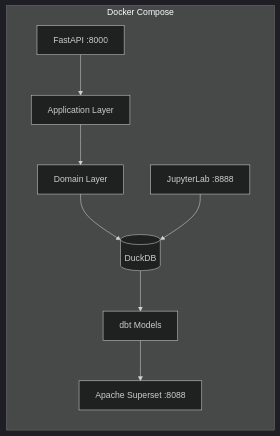
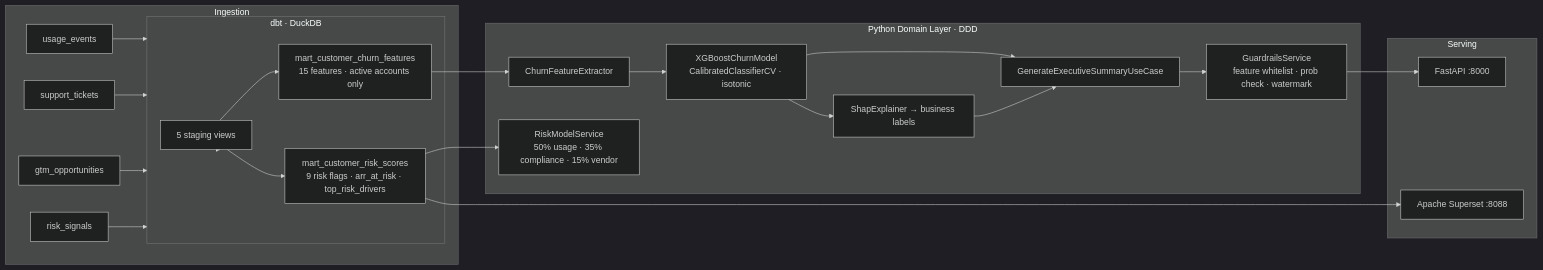
The diagram in README.md (joewynn/SaaSGuard), drawn with Mermaid (dark theme) before and after one commit. The commit also changed other lines of this file, not shown here.

````diff
--- a/README.md
+++ b/README.md
@@ -84,11 +90,30 @@
 ```mermaid
-graph LR
-    subgraph Docker Compose
-        A[FastAPI :8000] --> B[Application Layer]
-        B --> C[Domain Layer]
-        C --> D[(DuckDB)]
-        D --> E[dbt Models]
-        E --> F[Apache Superset :8088]
-        G[JupyterLab :8888] --> D
+flowchart LR
+    subgraph Ingestion
+        A[usage_events] --> DBT
+        B[support_tickets] --> DBT
+        C[gtm_opportunities] --> DBT
+        D[risk_signals] --> DBT
+    end
+
+    subgraph DBT["dbt  ·  DuckDB"]
+        DBT --> STG[5 staging views]
+        STG --> FEAT[mart_customer_churn_features\n15 features · active accounts only]
+        STG --> RISK[mart_customer_risk_scores\n9 risk flags · arr_at_risk · top_risk_drivers]
+    end
+
+    subgraph Domain["Python Domain Layer  ·  DDD"]
+        FEAT --> EXT[ChurnFeatureExtractor]
+        EXT --> MODEL[XGBoostChurnModel\nCalibratedClassifierCV · isotonic]
+        MODEL --> SHAP[ShapExplainer → business labels]
+        RISK --> RSVC[RiskModelService\n50% usage · 35% compliance · 15% vendor]
+        MODEL --> SUMM[GenerateExecutiveSummaryUseCase]
+        SHAP --> SUMM
+        SUMM --> GUARD[GuardrailsService\nfeature whitelist · prob check · watermark]
+    end
+
+    subgraph Serving
+        GUARD --> API[FastAPI  :8000]
+        RISK --> SUP[Apache Superset  :8088]
     end
 ```
````
